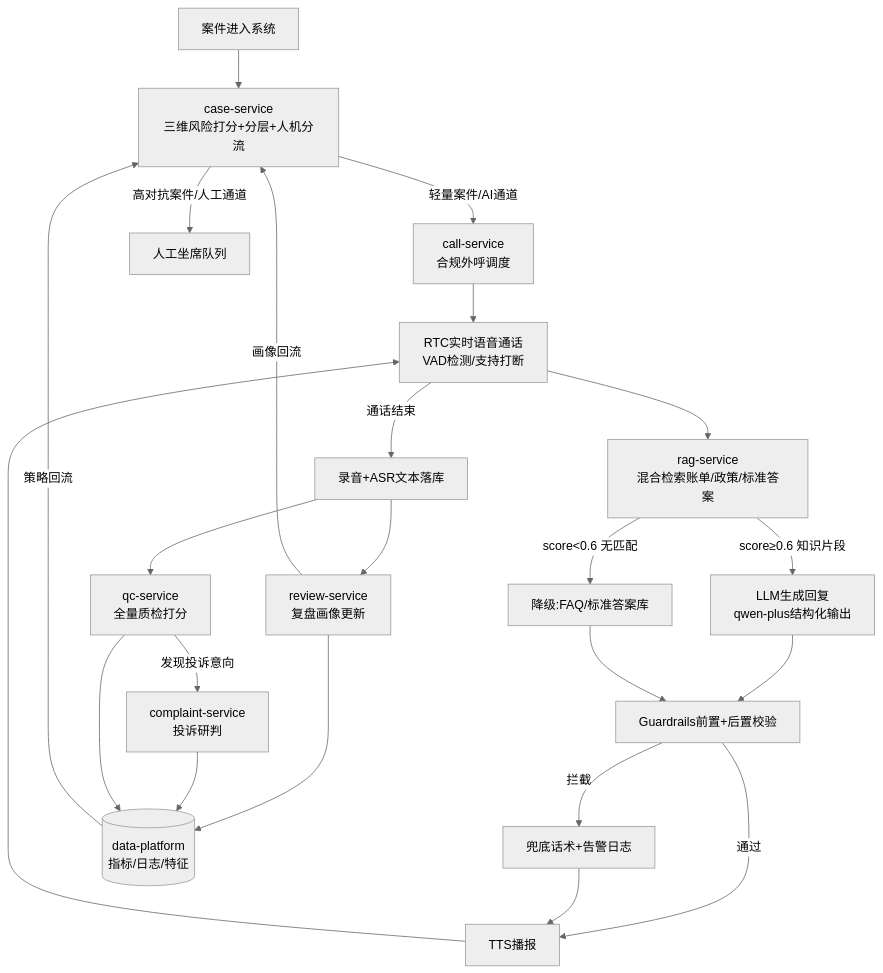
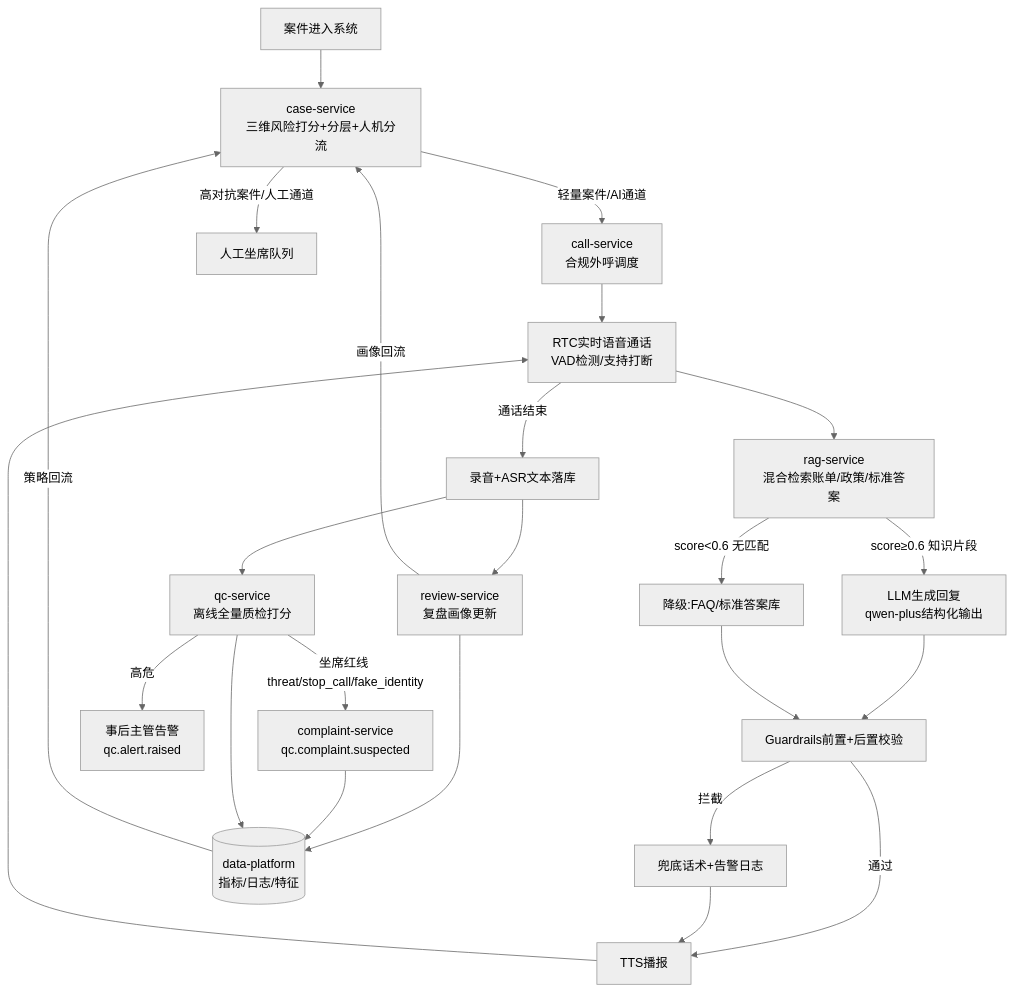
The first of 2 diagrams in requirements_document/step1_项目总览/02_业务流程图_数据流程图.md (GavinYoung66/ai_collection), drawn with Mermaid (neutral theme) before and after one commit. The commit also changed other lines of this file and 25 other files, not shown here.

````diff
--- a/requirements_document/step1_项目总览/02_业务流程图_数据流程图.md
+++ b/requirements_document/step1_项目总览/02_业务流程图_数据流程图.md
@@ -18,25 +19,26 @@
 ```mermaid
 flowchart TD
     A[案件进入系统] --> B[case-service<br/>三维风险打分+分层+人机分流]
     B -->|轻量案件/AI通道| C[call-service<br/>合规外呼调度]
     B -->|高对抗案件/人工通道| H[人工坐席队列]
     C --> D[RTC实时语音通话<br/>VAD检测/支持打断]
     D --> E[rag-service<br/>混合检索账单/政策/标准答案]
     E -->|score≥0.6 知识片段| F[LLM生成回复<br/>qwen-plus结构化输出]
     E -->|score<0.6 无匹配| F2[降级:FAQ/标准答案库]
     F --> G[Guardrails前置+后置校验]
     F2 --> G
     G -->|通过| T[TTS播报]
     G -->|拦截| G2[兜底话术+告警日志]
     G2 --> T
     T --> D
     D -->|通话结束| R[录音+ASR文本落库]
-    R --> Q[qc-service<br/>全量质检打分]
+    R --> Q[qc-service<br/>离线全量质检打分]
     R --> RV[review-service<br/>复盘画像更新]
-    Q -->|发现投诉意向| CP[complaint-service<br/>投诉研判]
+    Q -->|坐席红线 threat/stop_call/fake_identity| CP[complaint-service<br/>qc.complaint.suspected]
+    Q -->|高危| ALERT[事后主管告警<br/>qc.alert.raised]
     RV --> DP[(data-platform<br/>指标/日志/特征)]
     CP --> DP
     Q --> DP
     RV -->|画像回流| B
     DP -->|策略回流| B
 ```
````
